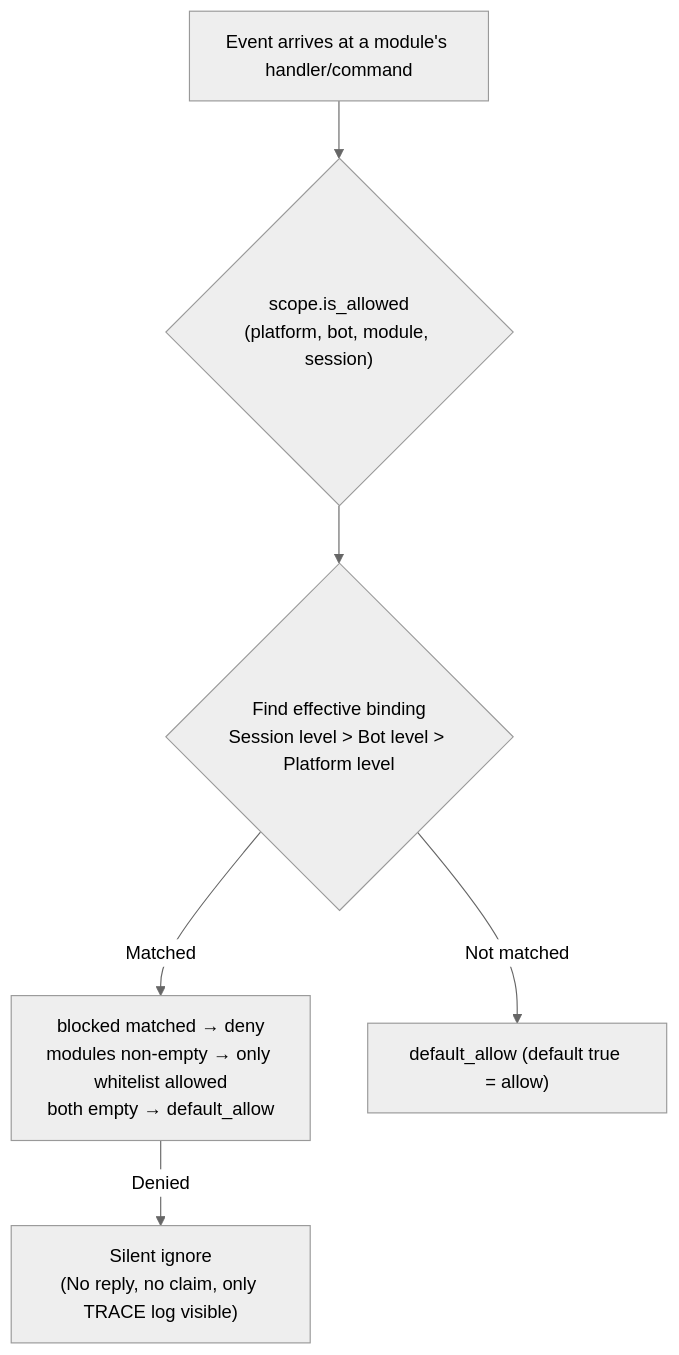
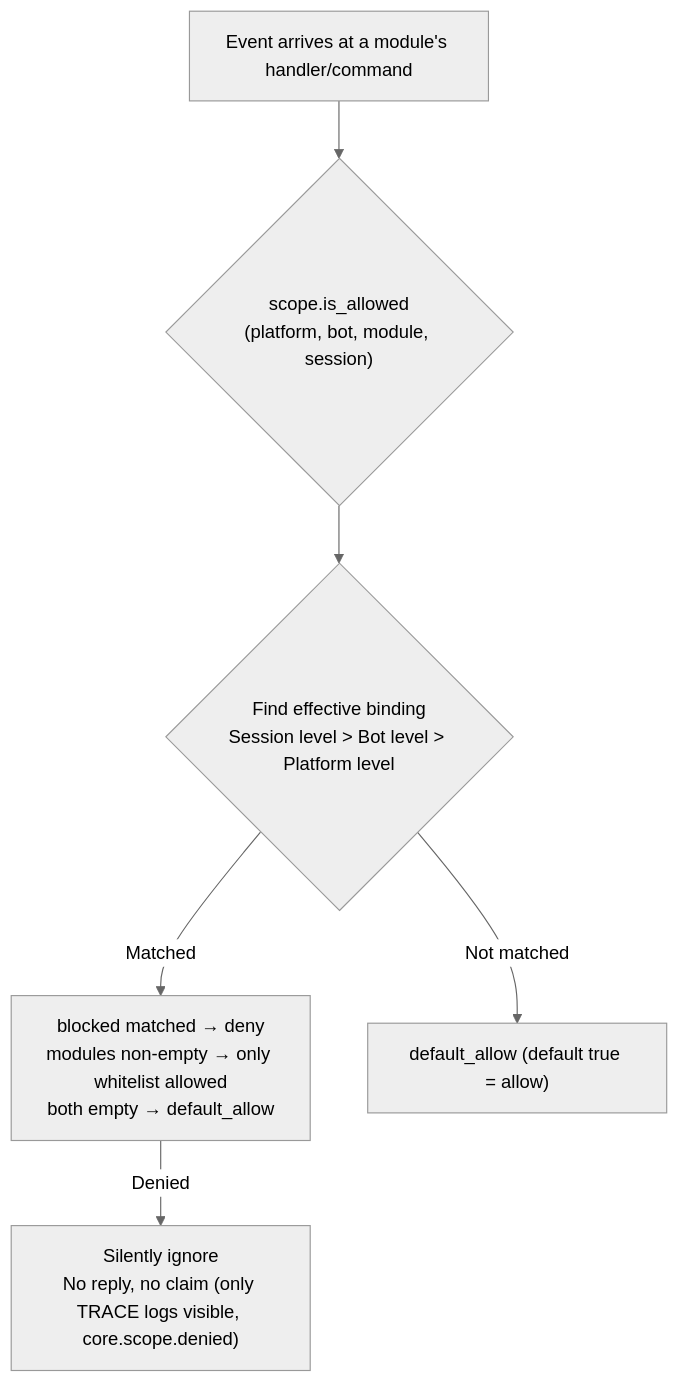
The diagram in docs/ru/advanced/scope.md (ErisPulse/ErisPulse), drawn with Mermaid (neutral theme) before and after one commit. The commit also changed other lines of this file and 23 other files, not shown here.

````diff
--- a/docs/ru/advanced/scope.md
+++ b/docs/ru/advanced/scope.md
@@ -109,8 +109,8 @@
 ```mermaid
 flowchart TD
     A["Event arrives at a module's handler/command"] --> B{"scope.is_allowed<br/>(platform, bot, module, session)"}
     B --> C{"Find effective binding<br/>Session level > Bot level > Platform level"}
     C -->|"Matched"| D["blocked matched → deny<br/>modules non-empty → only whitelist allowed<br/>both empty → default_allow"]
     C -->|"Not matched"| E["default_allow (default true = allow)"]
-    D -->|"Denied"| Z["Silent ignore<br/>(No reply, no claim, only TRACE log visible)"]
+    D -->|"Denied"| Z["Silently ignore<br/>No reply, no claim (only TRACE logs visible, core.scope.denied)"]
 ```
````
